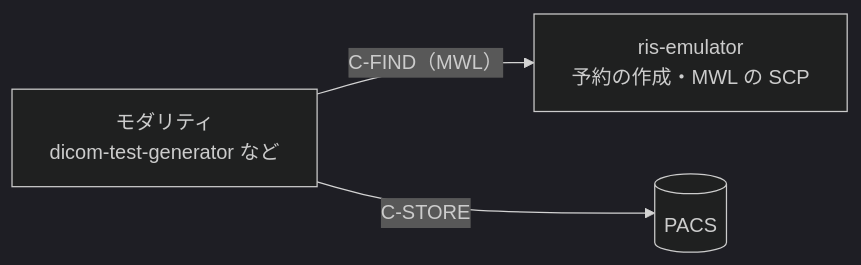
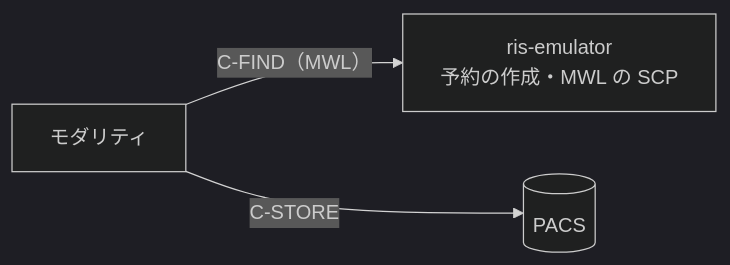
Before and after one commit to jeysunit/ris-emulator: the diagram in README.md, drawn with Mermaid (dark theme). The commit also changed other lines of this file and 34 other files, not shown here.

````diff
--- a/README.md
+++ b/README.md
@@ -21,8 +9,8 @@
 ```mermaid
 flowchart LR
   RIS["ris-emulator<br/>予約の作成・MWL の SCP"]
-  MOD["モダリティ<br/>dicom-test-generator など"]
+  MOD["モダリティ"]
   PACS[("PACS")]
   MOD -- "C-FIND（MWL）" --> RIS
   MOD -- "C-STORE" --> PACS
 ```
````
